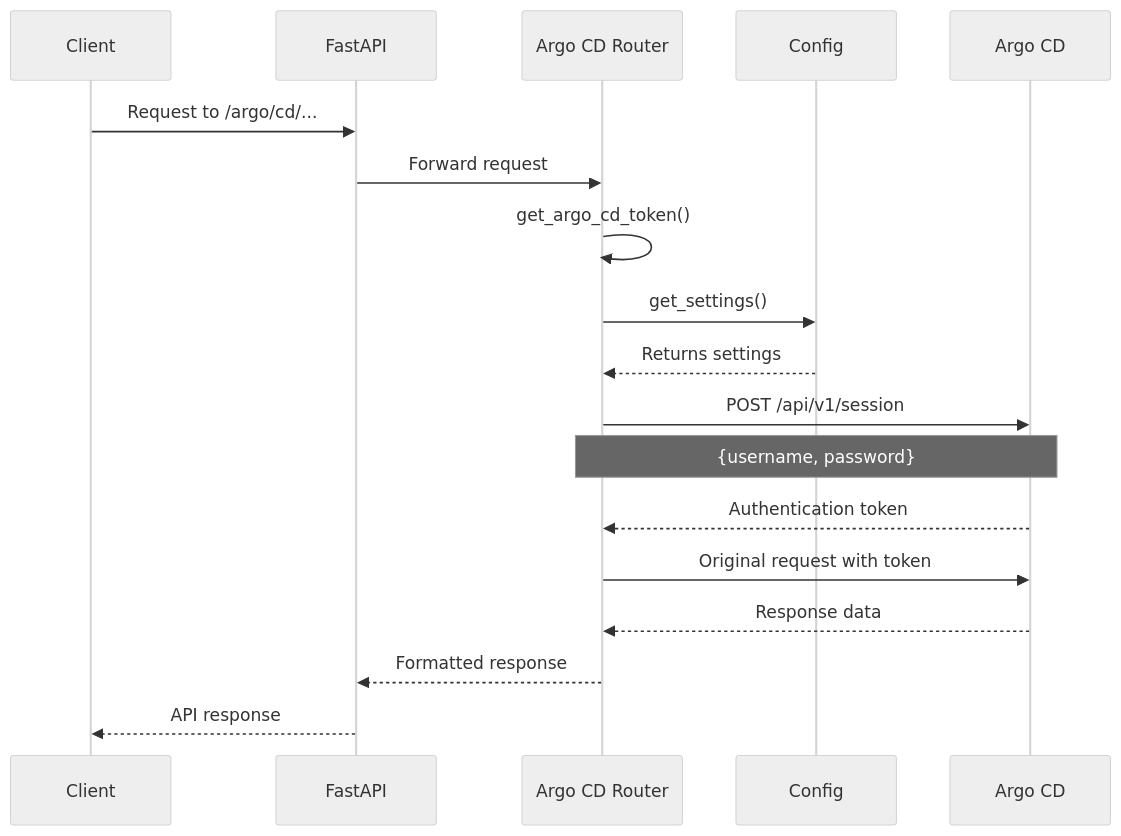
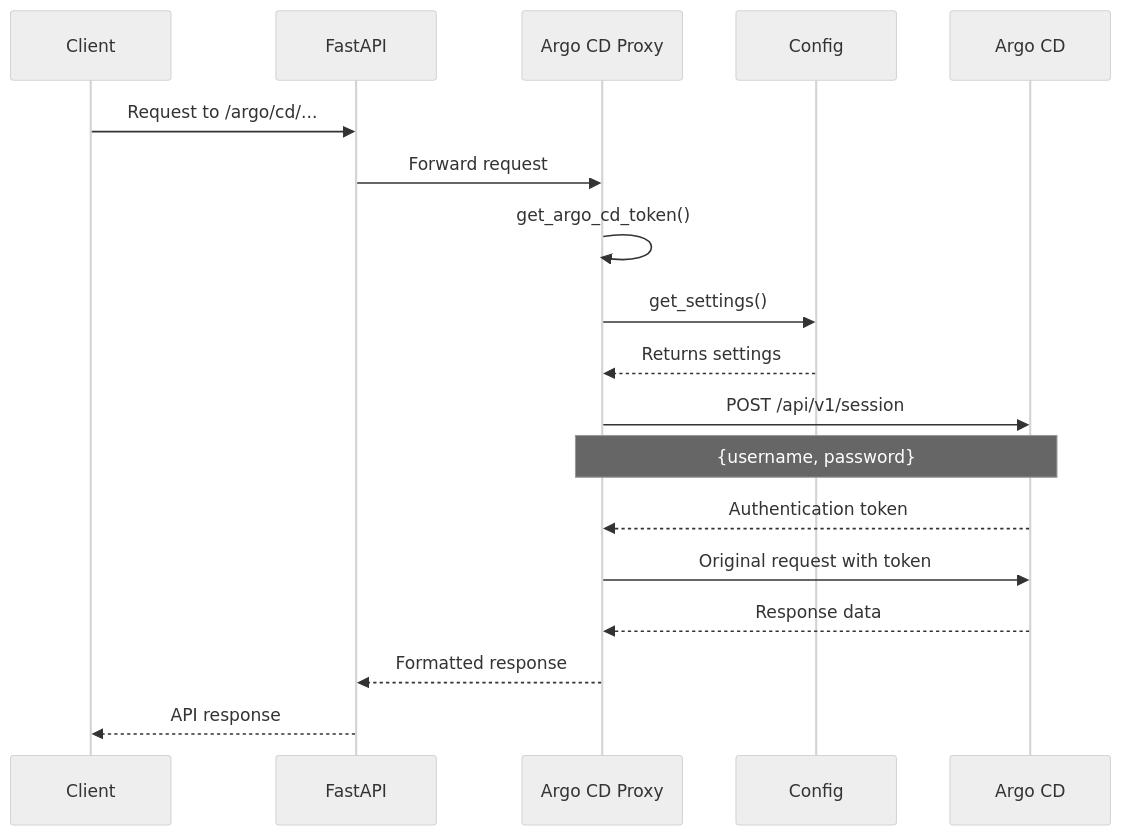
One commit to lloydchang/tvp-k8s changed the third of 9 diagrams in README.md. Above: the diagram before and after it, drawn with Mermaid (neutral theme). The commit also changed other lines of this file and 11 other files, not shown here.

````diff
--- a/README.md
+++ b/README.md
@@ -223,24 +223,24 @@
 ```mermaid
 sequenceDiagram
     participant Client
     participant FastAPI
-    participant Argo CD Router
+    participant Argo CD Proxy
     participant Config
     participant Argo CD
     
     Client->>FastAPI: Request to /argo/cd/...
-    FastAPI->>Argo CD Router: Forward request
-    Argo CD Router->>Argo CD Router: get_argo_cd_token()
-    Argo CD Router->>Config: get_settings()
-    Config-->>Argo CD Router: Returns settings
+    FastAPI->>Argo CD Proxy: Forward request
+    Argo CD Proxy->>Argo CD Proxy: get_argo_cd_token()
+    Argo CD Proxy->>Config: get_settings()
+    Config-->>Argo CD Proxy: Returns settings
     
-    Argo CD Router->>Argo CD: POST /api/v1/session
-    Note over Argo CD Router,Argo CD: {username, password}
-    Argo CD-->>Argo CD Router: Authentication token
+    Argo CD Proxy->>Argo CD: POST /api/v1/session
+    Note over Argo CD Proxy,Argo CD: {username, password}
+    Argo CD-->>Argo CD Proxy: Authentication token
     
-    Argo CD Router->>Argo CD: Original request with token
-    Argo CD-->>Argo CD Router: Response data
-    Argo CD Router-->>FastAPI: Formatted response
+    Argo CD Proxy->>Argo CD: Original request with token
+    Argo CD-->>Argo CD Proxy: Response data
+    Argo CD Proxy-->>FastAPI: Formatted response
     FastAPI-->>Client: API response
 
 ```
````
